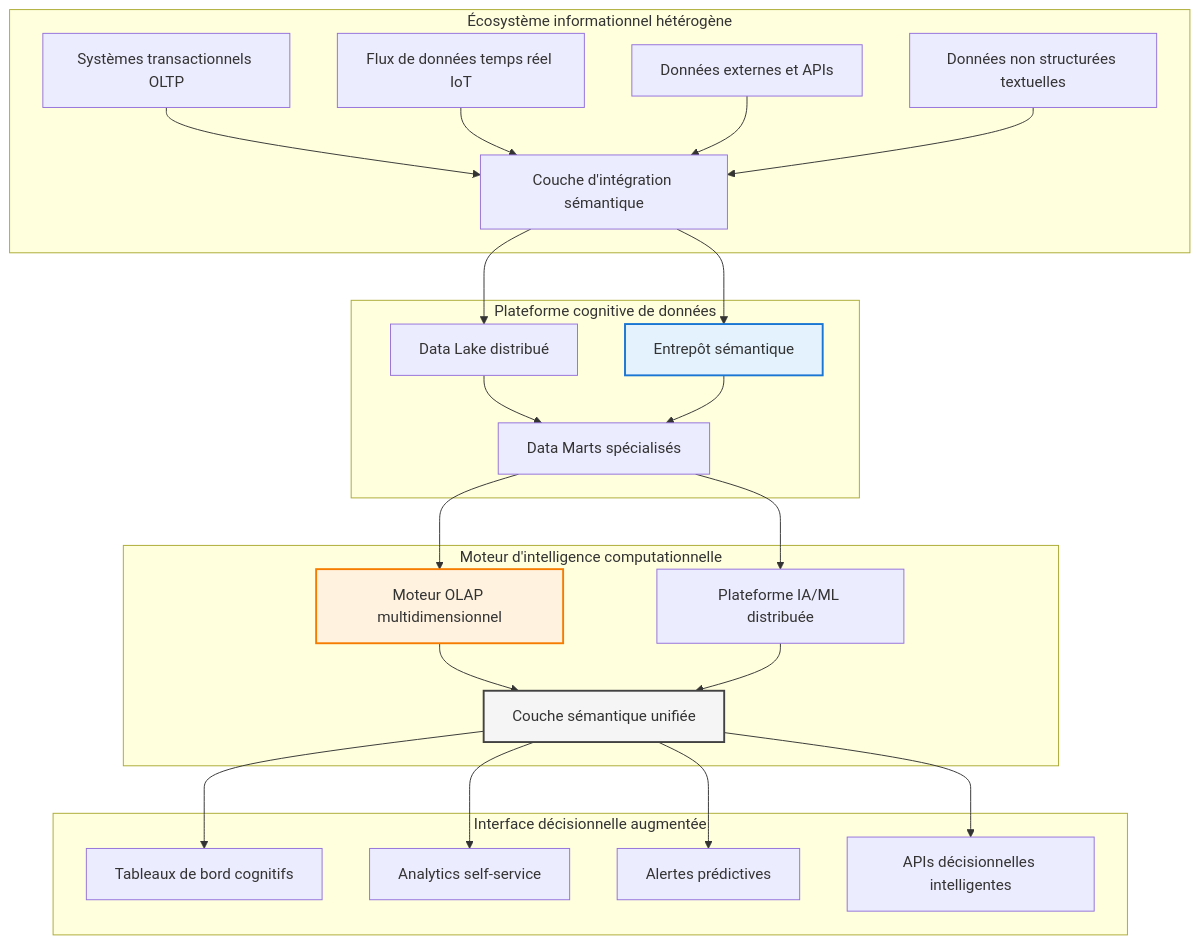
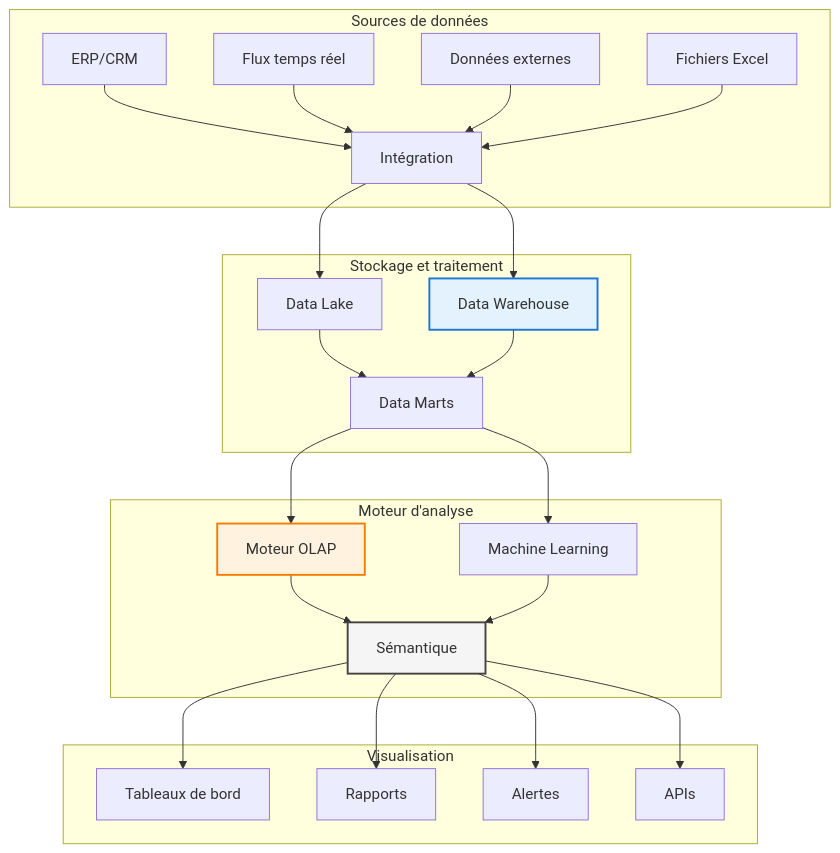
Before and after one commit to msellamiTN/data-multimodeling: the diagram in cours/chapitre-A-bi-intro/README.md, drawn with Mermaid. The commit also changed other lines of this file, not shown here.

Commit message:
simplify chapitre-A-bi-intro from Harvard/Oxford academic level to accessible beginner-friendly content with practical examples, removing complex theoretical frameworks, mathematical formalization, and advanced SQL analytics while maintaining essential BI concepts

````diff
--- a/cours/chapitre-A-bi-intro/README.md
+++ b/cours/chapitre-A-bi-intro/README.md
@@ -79,34 +69,34 @@
 ```mermaid
 graph TB
-    subgraph "Écosystème informationnel hétérogène"
-        A[Systèmes transactionnels OLTP] --> E[Couche d'intégration sémantique]
-        B[Flux de données temps réel IoT] --> E
-        C[Données externes et APIs] --> E
-        D[Données non structurées textuelles] --> E
+    subgraph "Sources de données"
+        A[ERP/CRM] --> E[Intégration]
+        B[Flux temps réel] --> E
+        C[Données externes] --> E
+        D[Fichiers Excel] --> E
     end
     
-    subgraph "Plateforme cognitive de données"
-        E --> F[Data Lake distribué]
-        E --> G[Entrepôt sémantique]
-        F --> H[Data Marts spécialisés]
+    subgraph "Stockage et traitement"
+        E --> F[Data Lake]
+        E --> G[Data Warehouse]
+        F --> H[Data Marts]
         G --> H
     end
     
-    subgraph "Moteur d'intelligence computationnelle"
-        H --> I[Moteur OLAP multidimensionnel]
-        H --> J[Plateforme IA/ML distribuée]
-        I --> K[Couche sémantique unifiée]
+    subgraph "Moteur d'analyse"
+        H --> I[Moteur OLAP]
+        H --> J[Machine Learning]
+        I --> K[Sémantique]
         J --> K
     end
     
-    subgraph "Interface décisionnelle augmentée"
-        K --> L[Tableaux de bord cognitifs]
-        K --> M[Analytics self-service]
-        K --> N[Alertes prédictives]
-        K --> O[APIs décisionnelles intelligentes]
+    subgraph "Visualisation"
+        K --> L[Tableaux de bord]
+        K --> M[Rapports]
+        K --> N[Alertes]
+        K --> O[APIs]
     end
     
     style G fill:#e3f2fd,stroke:#1976d2,stroke-width:2px
     style I fill:#fff3e0,stroke:#f57c00,stroke-width:2px
     style K fill:#f5f5f5,stroke:#424242,stroke-width:2px
 ```
````
